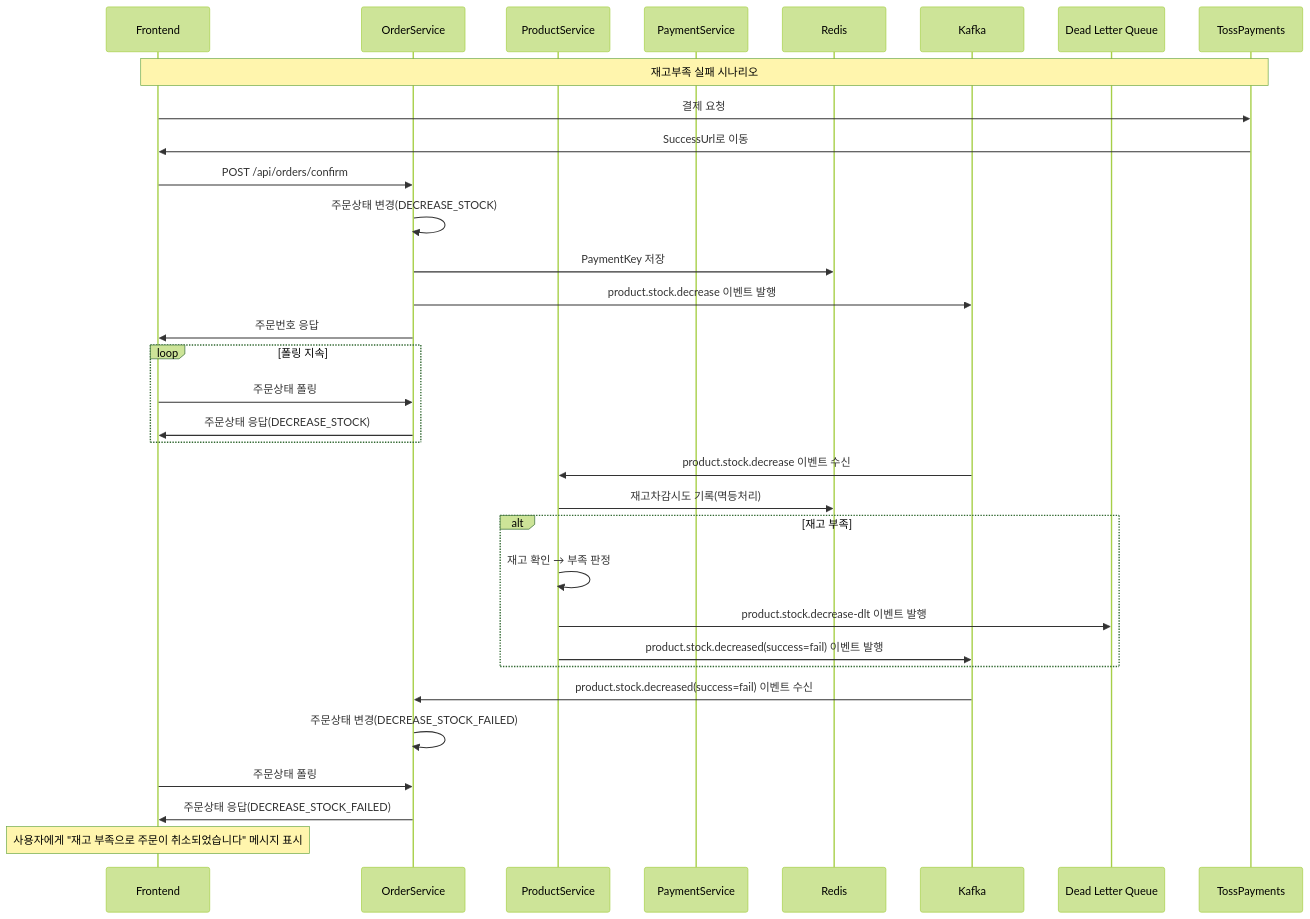
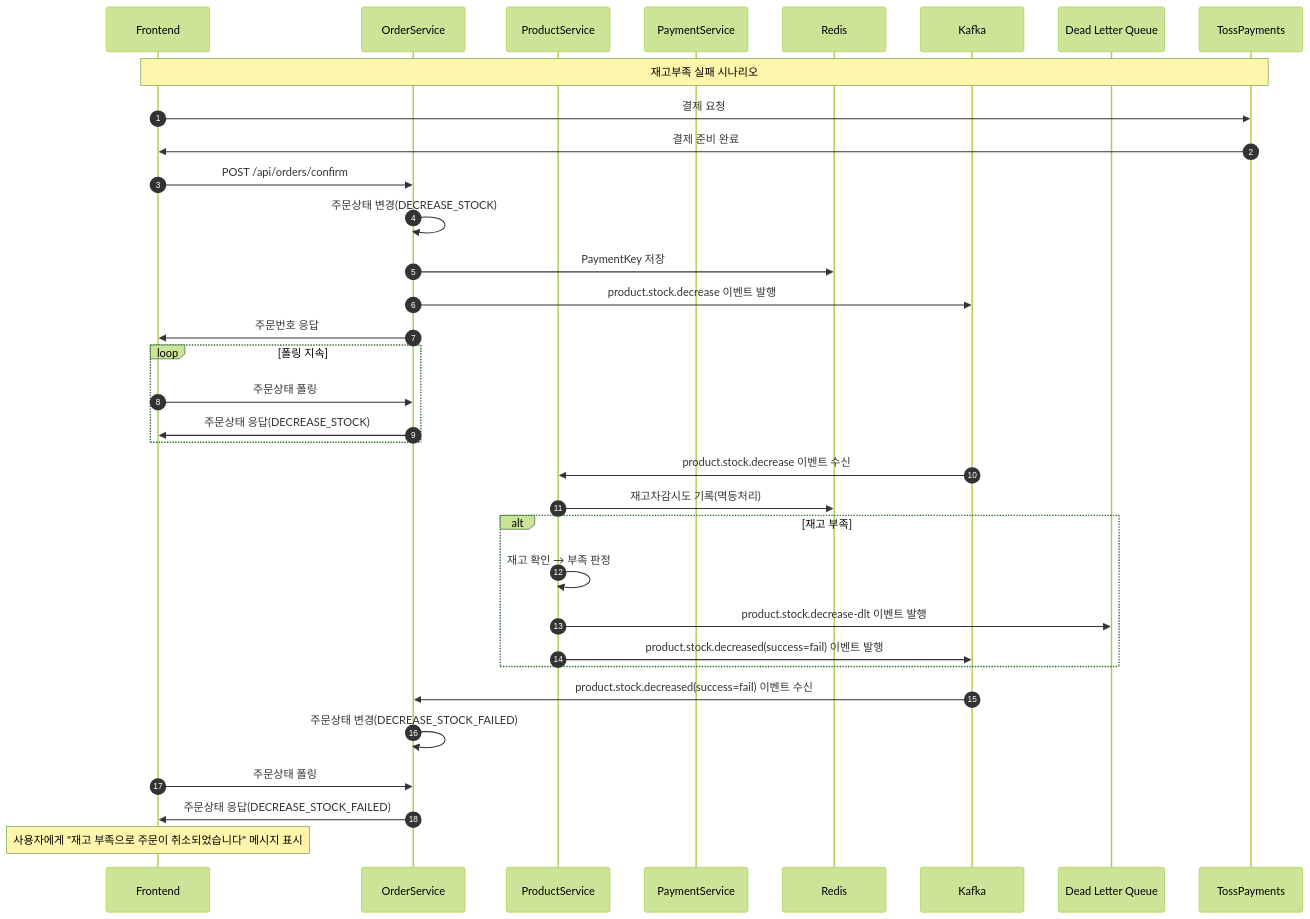
One commit to hana0627/i-love-pet changed the third of 4 diagrams in readMe.md. Above: the diagram before and after it, drawn with Mermaid (forest theme). The commit also changed other lines of this file, not shown here.

````diff
--- a/readMe.md
+++ b/readMe.md
@@ -307,44 +308,45 @@
 ```mermaid
-sequenceDiagram
+sequenceDiagram autonumber
     participant Frontend
     participant OrderService
     participant ProductService
     participant PaymentService
     participant Redis
     participant Kafka
     participant DLQ as Dead Letter Queue
     participant TossPayments
 
     Note over Frontend,TossPayments: 재고부족 실패 시나리오
 
     Frontend->>TossPayments: 결제 요청
-    TossPayments->>Frontend: SuccessUrl로 이동
+    TossPayments->>Frontend: 결제 준비 완료
+
 
     Frontend->>OrderService: POST /api/orders/confirm
     OrderService->>OrderService: 주문상태 변경(DECREASE_STOCK)
     OrderService->>Redis: PaymentKey 저장
     OrderService->>Kafka: product.stock.decrease 이벤트 발행
     OrderService->>Frontend: 주문번호 응답
     
     loop 폴링 지속
         Frontend->>OrderService: 주문상태 폴링
         OrderService->>Frontend: 주문상태 응답(DECREASE_STOCK)
     end
 
     Kafka->>ProductService: product.stock.decrease 이벤트 수신
     ProductService->>Redis: 재고차감시도 기록(멱등처리)
     
     alt 재고 부족
         ProductService->>ProductService: 재고 확인 → 부족 판정
         ProductService->>DLQ: product.stock.decrease-dlt 이벤트 발행
         ProductService->>Kafka: product.stock.decreased(success=fail) 이벤트 발행
     end
 
     Kafka->>OrderService: product.stock.decreased(success=fail) 이벤트 수신
     OrderService->>OrderService: 주문상태 변경(DECREASE_STOCK_FAILED)
 
     Frontend->>OrderService: 주문상태 폴링
     OrderService->>Frontend: 주문상태 응답(DECREASE_STOCK_FAILED)
     
     Note over Frontend: 사용자에게 "재고 부족으로 주문이 취소되었습니다" 메시지 표시
 ```
````
